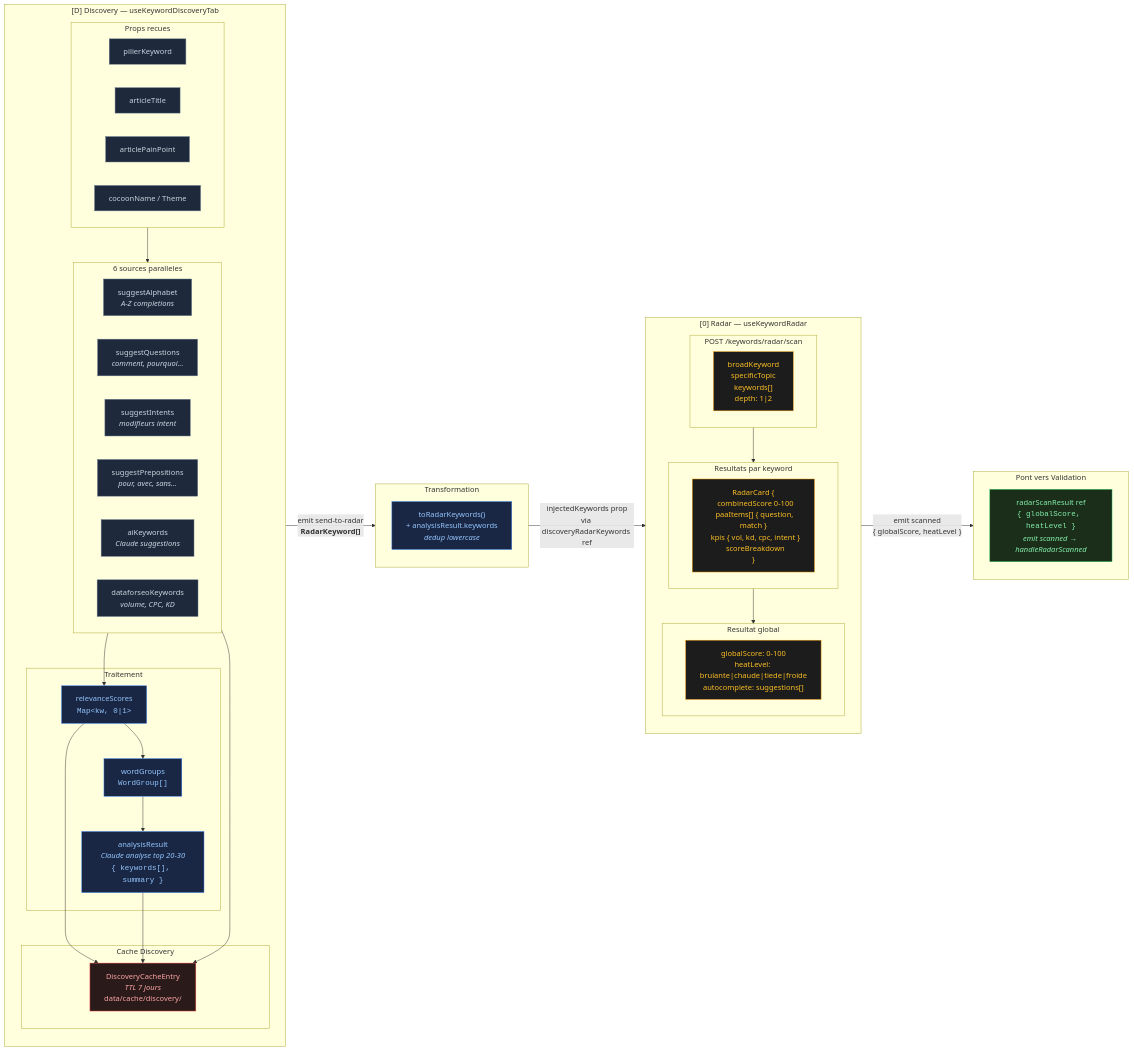
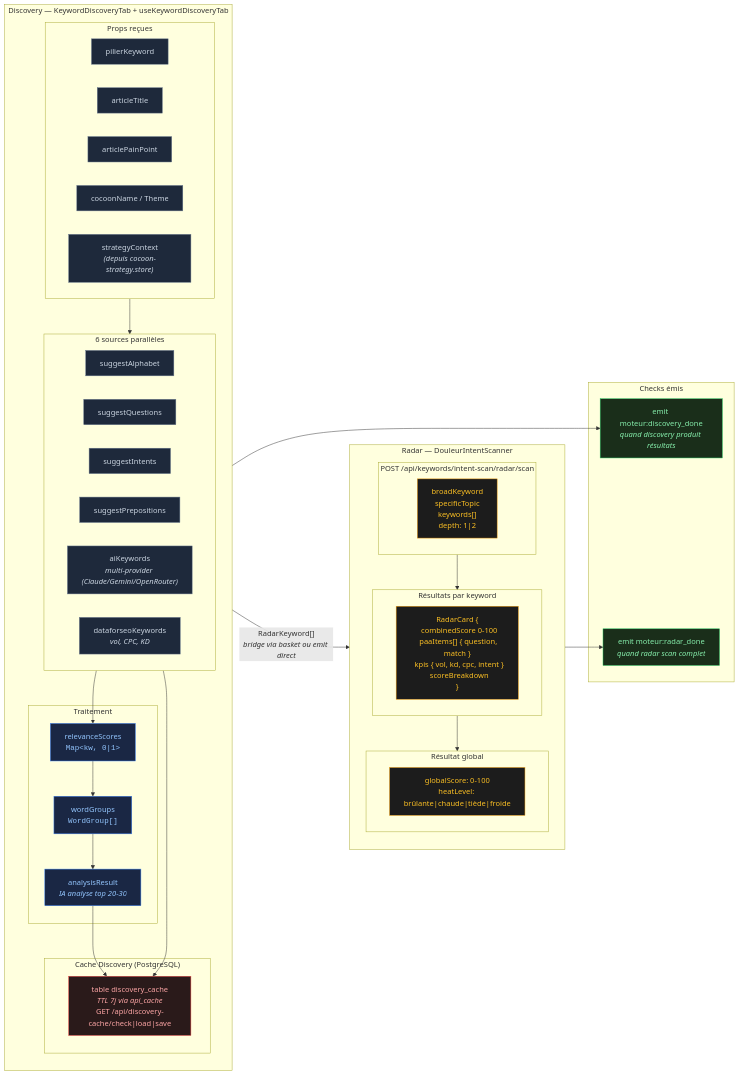
The third of 12 diagrams in docs/moteur-data-flow.md (annubis-knight/Blog_Redactor_SEO), drawn with Mermaid before and after one commit. The commit also changed other lines of this file and 400 other files, not shown here.

````diff
--- a/docs/moteur-data-flow.md
+++ b/docs/moteur-data-flow.md
@@ -91,77 +99,75 @@
 ```mermaid
 flowchart LR
   classDef source fill:#1e293b,stroke:#64748b,color:#cbd5e1
   classDef process fill:#1a2744,stroke:#3b82f6,color:#93c5fd
   classDef data fill:#1c1c1c,stroke:#f59e0b,color:#fbbf24
   classDef cache fill:#2a1a1a,stroke:#ef4444,color:#fca5a5
   classDef emit fill:#1a2e1a,stroke:#22c55e,color:#86efac
 
-  subgraph DISCOVERY["[D] Discovery — useKeywordDiscoveryTab"]
+  subgraph DISCOVERY["Discovery — KeywordDiscoveryTab + useKeywordDiscoveryTab"]
     direction TB
 
-    subgraph INPUTS_D["Props recues"]
+    subgraph INPUTS_D["Props reçues"]
       P1["pilierKeyword"]:::source
       P2["articleTitle"]:::source
       P3["articlePainPoint"]:::source
       P4["cocoonName / Theme"]:::source
+      P5["strategyContext<br/><i>(depuis cocoon-strategy.store)</i>"]:::source
     end
 
-    subgraph SOURCES["6 sources paralleles"]
-      S1["suggestAlphabet<br/><i>A-Z completions</i>"]:::source
-      S2["suggestQuestions<br/><i>comment, pourquoi...</i>"]:::source
-      S3["suggestIntents<br/><i>modifieurs intent</i>"]:::source
-      S4["suggestPrepositions<br/><i>pour, avec, sans...</i>"]:::source
-      S5["aiKeywords<br/><i>Claude suggestions</i>"]:::source
-      S6["dataforseoKeywords<br/><i>volume, CPC, KD</i>"]:::source
+    subgraph SOURCES["6 sources parallèles"]
+      S1["suggestAlphabet"]:::source
+      S2["suggestQuestions"]:::source
+      S3["suggestIntents"]:::source
+      S4["suggestPrepositions"]:::source
+      S5["aiKeywords<br/><i>multi-provider (Claude/Gemini/OpenRouter)</i>"]:::source
+      S6["dataforseoKeywords<br/><i>vol, CPC, KD</i>"]:::source
     end
 
     subgraph SCORING["Traitement"]
       SC["relevanceScores<br/><code>Map&lt;kw, 0|1&gt;</code>"]:::process
       WG["wordGroups<br/><code>WordGroup[]</code>"]:::process
-      AN["analysisResult<br/><i>Claude analyse top 20-30</i><br/><code>{ keywords[], summary }</code>"]:::process
+      AN["analysisResult<br/><i>IA analyse top 20-30</i>"]:::process
     end
 
-    subgraph CACHE_D["Cache Discovery"]
-      CD["DiscoveryCacheEntry<br/><i>TTL 7 jours</i><br/>data/cache/discovery/"]:::cache
+    subgraph CACHE_D["Cache Discovery (PostgreSQL)"]
+      CD["table discovery_cache<br/><i>TTL 7j via api_cache</i><br/>GET /api/discovery-cache/check|load|save"]:::cache
     end
 
     INPUTS_D --> SOURCES
     SOURCES --> SC
     SC --> WG
     WG --> AN
     SOURCES --> CD
-    SC --> CD
     AN --> CD
   end
 
-  subgraph TRANSFORM["Transformation"]
-    TR["toRadarKeywords()<br/>+ analysisResult.keywords<br/><i>dedup lowercase</i>"]:::process
-  end
-
-  subgraph RADAR["[0] Radar — useKeywordRadar"]
+  subgraph RADAR["Radar — DouleurIntentScanner"]
     direction TB
 
-    subgraph SCAN["POST /keywords/radar/scan"]
+    subgraph SCAN["POST /api/keywords/intent-scan/radar/scan"]
       RQ["broadKeyword<br/>specificTopic<br/>keywords[]<br/>depth: 1|2"]:::data
     end
 
-    subgraph RESULTS["Resultats par keyword"]
+    subgraph RESULTS["Résultats par keyword"]
       RC["RadarCard {<br/>  combinedScore 0-100<br/>  paaItems[] { question, match }<br/>  kpis { vol, kd, cpc, intent }<br/>  scoreBreakdown<br/>}"]:::data
     end
 
-    subgraph GLOBAL["Resultat global"]
-      GS["globalScore: 0-100<br/>heatLevel: brulante|chaude|tiede|froide<br/>autocomplete: suggestions[]"]:::data
+    subgraph GLOBAL["Résultat global"]
+      GS["globalScore: 0-100<br/>heatLevel: brûlante|chaude|tiède|froide"]:::data
     end
 
     SCAN --> RESULTS
     RESULTS --> GLOBAL
   end
 
-  subgraph BRIDGE["Pont vers Validation"]
-    BR["radarScanResult ref<br/><code>{ globalScore, heatLevel }</code><br/><i>emit scanned → handleRadarScanned</i>"]:::emit
+  subgraph CHECKS["Checks émis"]
+    CK1["emit moteur:discovery_done<br/><i>quand discovery produit résultats</i>"]:::emit
+    CK2["emit moteur:radar_done<br/><i>quand radar scan complet</i>"]:::emit
   end
 
-  DISCOVERY -- "emit send-to-radar<br/><b>RadarKeyword[]</b>" --> TRANSFORM
-  TRANSFORM -- "injectedKeywords prop<br/>via discoveryRadarKeywords ref" --> RADAR
-  GLOBAL -- "emit scanned<br/>{ globalScore, heatLevel }" --> BRIDGE
+  DISCOVERY --> CK1
+  GLOBAL --> CK2
+
+  DISCOVERY -- "RadarKeyword[]<br/><i>bridge via basket ou emit direct</i>" --> RADAR
 ```
````
